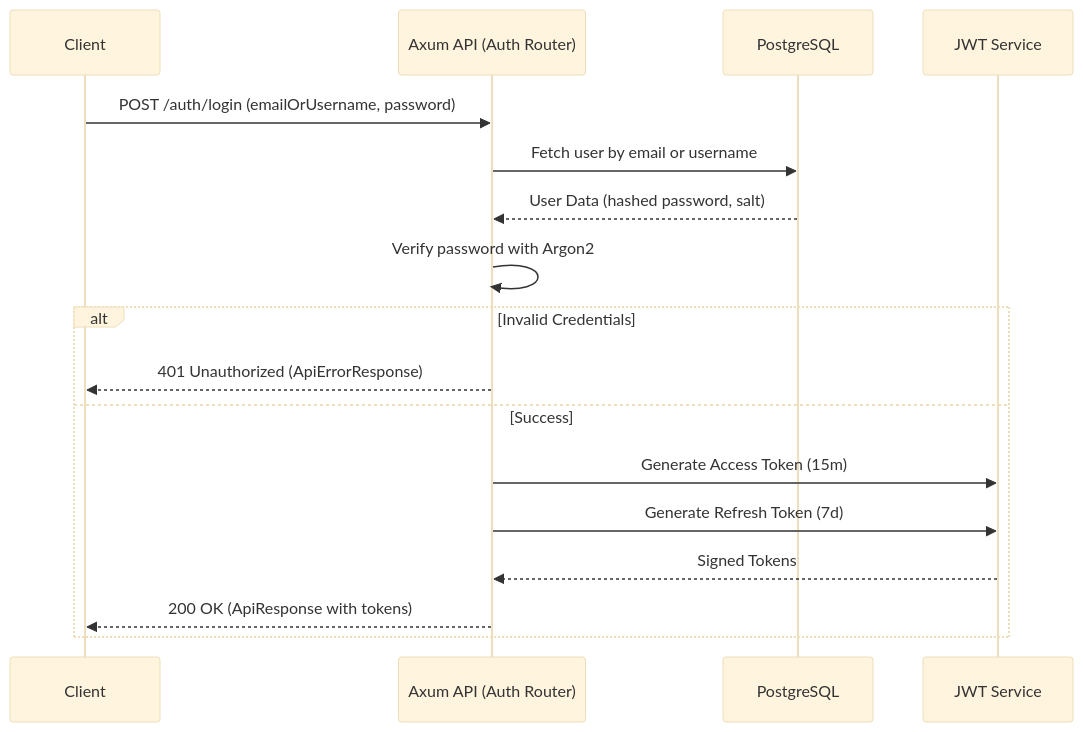
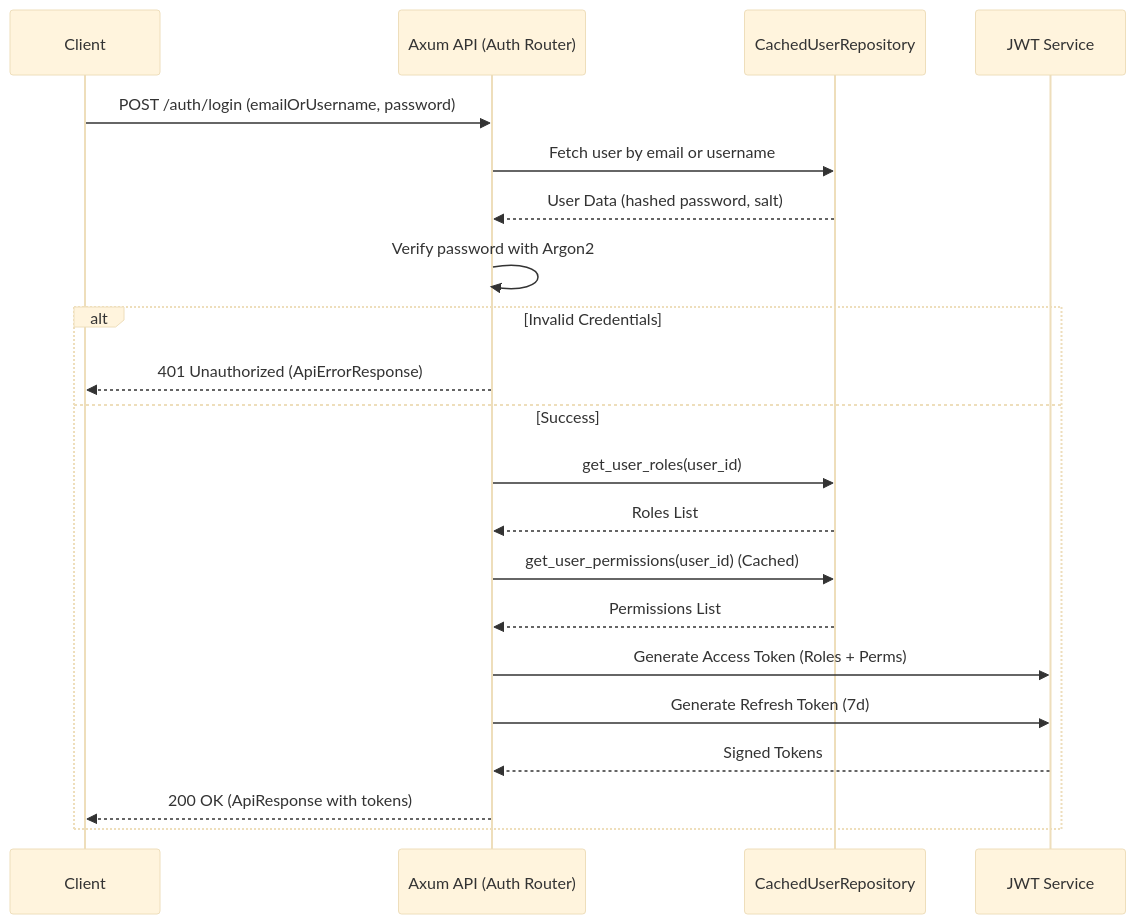
Before and after one commit to shirafzx/kafkey-api: the first of 2 diagrams in docs/DIAGRAMS.md, drawn with Mermaid (base theme). The commit also changed other lines of this file and 12 other files, not shown here.

````diff
--- a/docs/DIAGRAMS.md
+++ b/docs/DIAGRAMS.md
@@ -5,21 +5,26 @@
 ```mermaid
 sequenceDiagram
     participant Client
     participant API as Axum API (Auth Router)
-    participant DB as PostgreSQL
+    participant Repos as CachedUserRepository
     participant JWT as JWT Service
 
     Client->>API: POST /auth/login (emailOrUsername, password)
-    API->>DB: Fetch user by email or username
-    DB-->>API: User Data (hashed password, salt)
+    API->>Repos: Fetch user by email or username
+    Repos-->>API: User Data (hashed password, salt)
     API->>API: Verify password with Argon2
 
     alt Invalid Credentials
         API-->>Client: 401 Unauthorized (ApiErrorResponse)
     else Success
-        API->>JWT: Generate Access Token (15m)
+        API->>Repos: get_user_roles(user_id)
+        Repos-->>API: Roles List
+        API->>Repos: get_user_permissions(user_id) (Cached)
+        Repos-->>API: Permissions List
+
+        API->>JWT: Generate Access Token (Roles + Perms)
         API->>JWT: Generate Refresh Token (7d)
         JWT-->>API: Signed Tokens
         API-->>Client: 200 OK (ApiResponse with tokens)
     end
 ```
````
